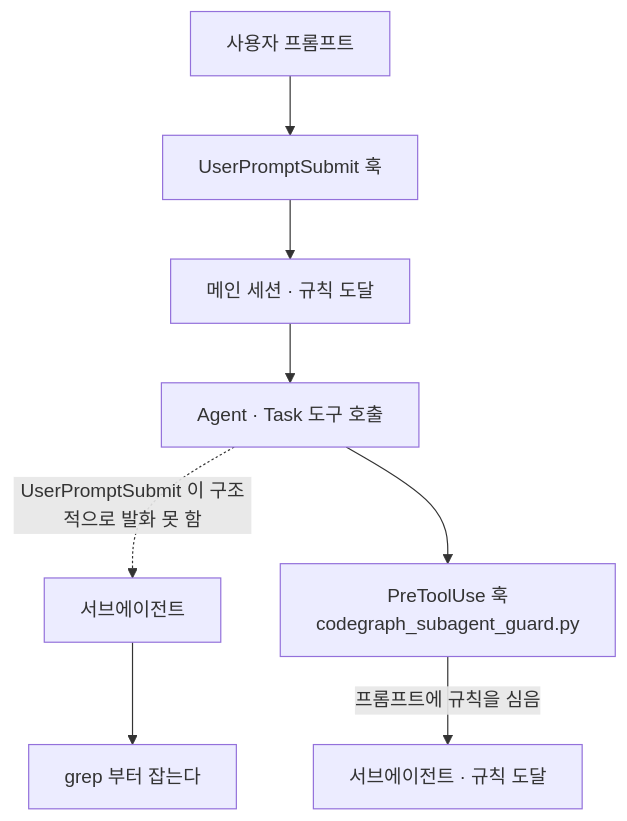
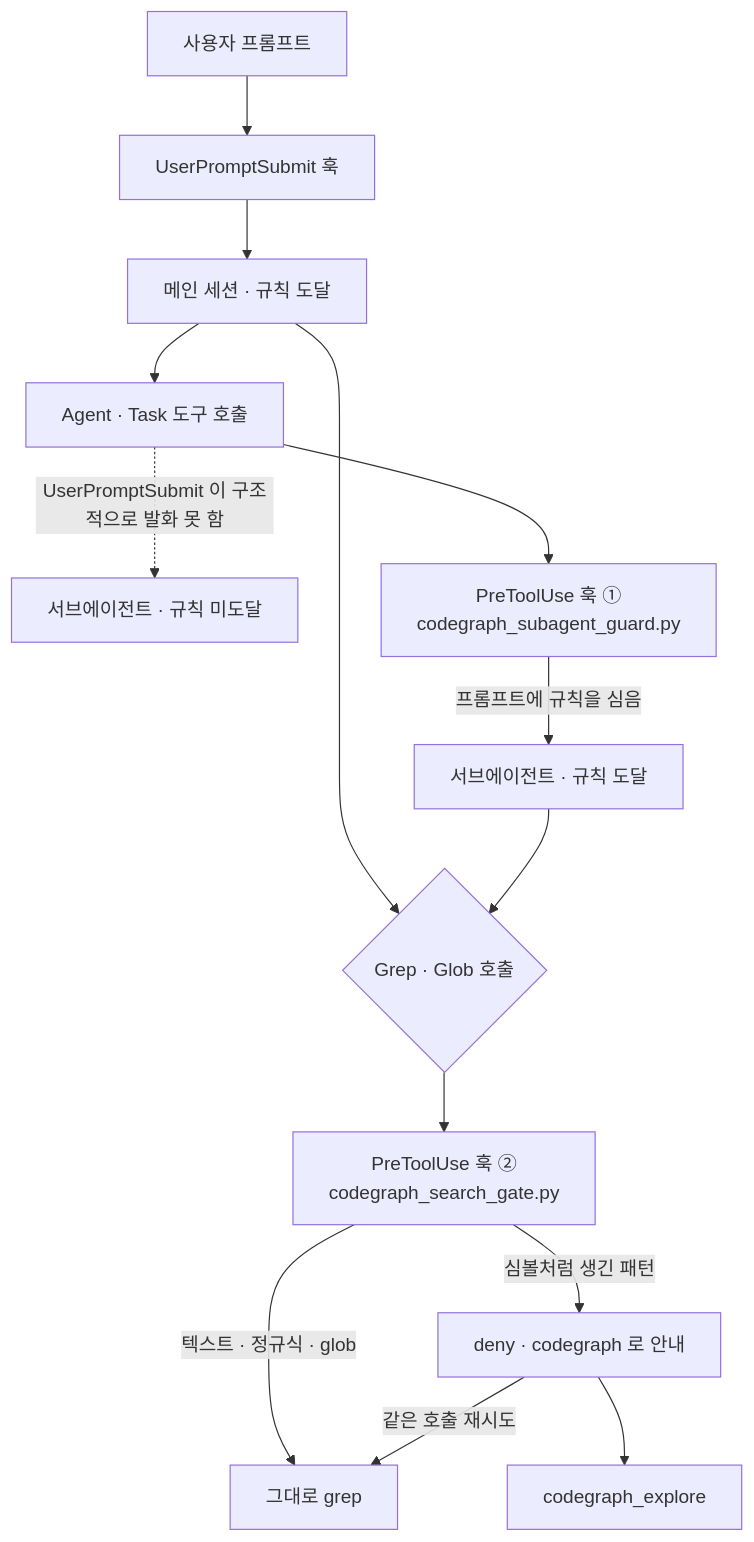
Before and after one commit to kbk109-dev/kbk109-plugins-marketplace: the seventh of 7 diagrams in docs/guide/project-conventions.md, drawn with Mermaid. The commit also changed other lines of this file and 11 other files, not shown here.

First line of the commit message:
feat: 심볼 검색을 PreToolUse 훅으로 codegraph 에 통과시킨다 (1.9.0)

````diff
--- a/docs/guide/project-conventions.md
+++ b/docs/guide/project-conventions.md
@@ -334,11 +335,18 @@
 ```mermaid
 flowchart TD
   U[사용자 프롬프트] --> UPS[UserPromptSubmit 훅]
   UPS --> M[메인 세션 · 규칙 도달]
+  M --> G1{"Grep · Glob 호출"}
   M --> T[Agent · Task 도구 호출]
-  T -. UserPromptSubmit 이 구조적으로 발화 못 함 .-> SA[서브에이전트]
-  SA --> GREP[grep 부터 잡는다]
 
-  T --> PRE["PreToolUse 훅<br/>codegraph_subagent_guard.py"]
+  T -. UserPromptSubmit 이 구조적으로 발화 못 함 .-> SA[서브에이전트 · 규칙 미도달]
+  T --> PRE["PreToolUse 훅 ①<br/>codegraph_subagent_guard.py"]
   PRE -->|프롬프트에 규칙을 심음| SA2[서브에이전트 · 규칙 도달]
+  SA2 --> G1
+
+  G1 --> GATE["PreToolUse 훅 ②<br/>codegraph_search_gate.py"]
+  GATE -->|심볼처럼 생긴 패턴| DENY[deny · codegraph 로 안내]
+  GATE -->|텍스트 · 정규식 · glob| PASS[그대로 grep]
+  DENY -->|같은 호출 재시도| PASS
+  DENY --> CG[codegraph_explore]
 ```
````
